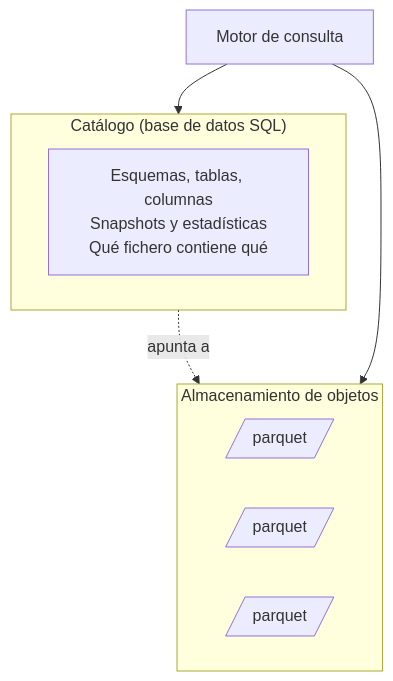
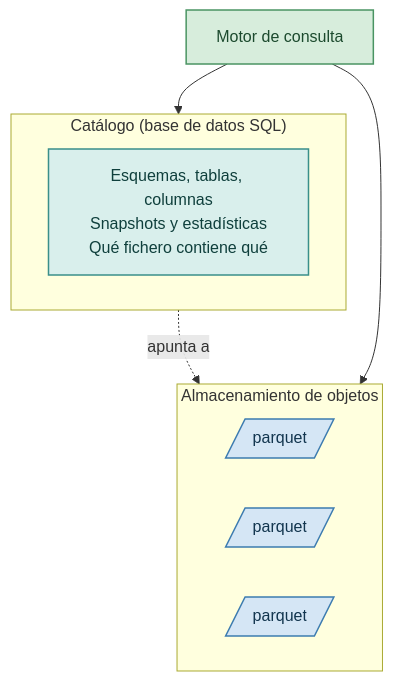
Before and after one commit to IraitzM/ingenieria-datos: the diagram in content/load/staging.qmd, drawn with Mermaid. The commit also changed 28 other files, not shown here.

````diff
--- a/content/load/staging.qmd
+++ b/content/load/staging.qmd
@@ -40,14 +40,22 @@
 ```{mermaid}
 flowchart TB
     subgraph cat ["Catálogo (base de datos SQL)"]
         m["Esquemas, tablas, columnas<br/>Snapshots y estadísticas<br/>Qué fichero contiene qué"]
     end
     subgraph alm ["Almacenamiento de objetos"]
         p1[/"parquet"/]
         p2[/"parquet"/]
         p3[/"parquet"/]
     end
     cat -.->|"apunta a"| alm
     motor["Motor de consulta"] --> cat
     motor --> alm
+
+    %% Paleta por bloque del libro
+    classDef meta fill:#d9efec,stroke:#3a8f8a,stroke-width:1.5px,color:#0f3f3c
+    classDef almacen fill:#d5e6f5,stroke:#3d7cb0,stroke-width:1.5px,color:#12354e
+    classDef transformacion fill:#d7eddc,stroke:#4a9463,stroke-width:1.5px,color:#1c4a2e
+    class m meta
+    class p1,p2,p3 almacen
+    class motor transformacion
 ```
````
